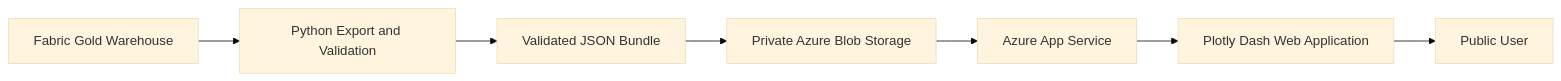
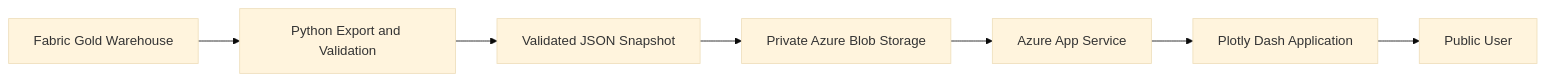
The seventh of 10 diagrams in README.md (kamilkenny/greater-manchester-skills-opportunity-intelligence), drawn with Mermaid (base theme) before and after one commit. The commit also changed other lines of this file, not shown here.

````diff
--- a/README.md
+++ b/README.md
@@ -561,16 +849,17 @@
 ```mermaid
 flowchart LR
 
-    WH[Fabric Gold Warehouse]
-        --> EX[Python Export and Validation]
+    GOLD[Fabric Gold Warehouse]
 
-    EX --> JSON[Validated JSON Bundle]
+    GOLD --> EXPORT[Python Export and Validation]
+
+    EXPORT --> JSON[Validated JSON Snapshot]
 
     JSON --> BLOB[Private Azure Blob Storage]
 
     BLOB --> APP[Azure App Service]
 
-    APP --> DASH[Plotly Dash Web Application]
+    APP --> DASH[Plotly Dash Application]
 
     DASH --> USER[Public User]
 ```
````
